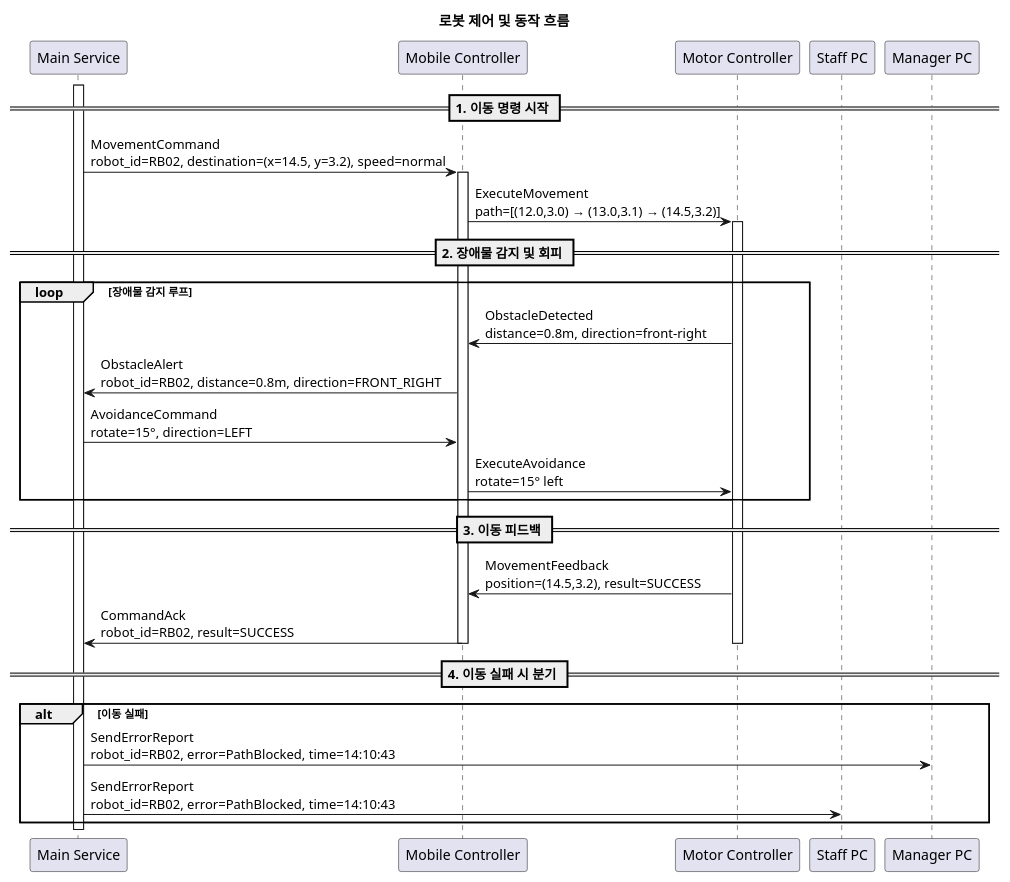
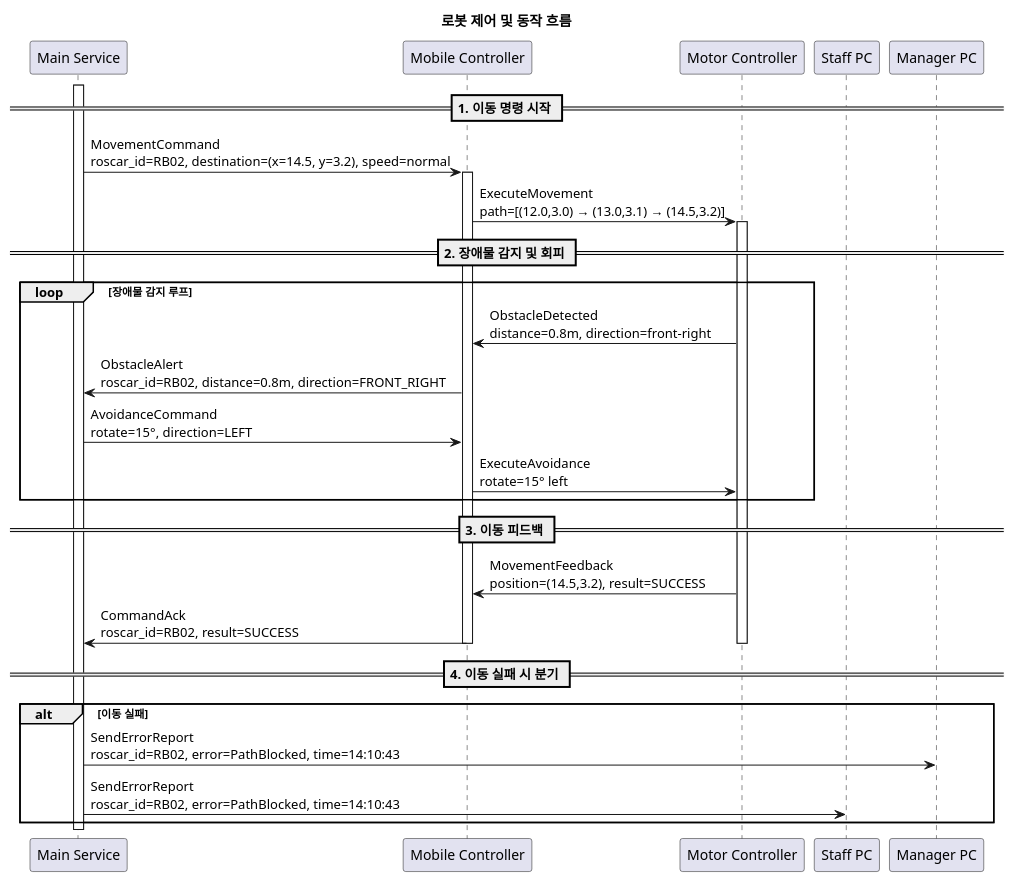
The eighth of 8 diagrams in docs/sequence_diagram v3.md (addinedu-ros-8th/ros-repo-3), drawn with PlantUML before and after one commit. The commit also changed other lines of this file and 108 other files, not shown here.

````diff
--- a/docs/sequence_diagram v3.md
+++ b/docs/sequence_diagram v3.md
@@ -534,46 +534,46 @@
 ```plantuml
 @startuml
 title 로봇 제어 및 동작 흐름
 
 participant "Main Service" as Main
 participant "Mobile Controller" as Mobile
 participant "Motor Controller" as Motor
 participant "Staff PC" as Staff
 participant "Manager PC" as Manager
 
 == 1. 이동 명령 시작 ==
 
 activate Main
-Main -> Mobile : MovementCommand\nrobot_id=RB02, destination=(x=14.5, y=3.2), speed=normal
+Main -> Mobile : MovementCommand\nroscar_id=RB02, destination=(x=14.5, y=3.2), speed=normal
 activate Mobile
 Mobile -> Motor : ExecuteMovement\npath=[(12.0,3.0) → (13.0,3.1) → (14.5,3.2)]
 activate Motor
 
 == 2. 장애물 감지 및 회피 ==
 
 loop 장애물 감지 루프
     Motor -> Mobile : ObstacleDetected\ndistance=0.8m, direction=front-right
-    Mobile -> Main : ObstacleAlert\nrobot_id=RB02, distance=0.8m, direction=FRONT_RIGHT
+    Mobile -> Main : ObstacleAlert\nroscar_id=RB02, distance=0.8m, direction=FRONT_RIGHT
     Main -> Mobile : AvoidanceCommand\nrotate=15°, direction=LEFT
     Mobile -> Motor : ExecuteAvoidance\nrotate=15° left
 end
 
 == 3. 이동 피드백 ==
 
 Motor -> Mobile : MovementFeedback\nposition=(14.5,3.2), result=SUCCESS
-Mobile -> Main : CommandAck\nrobot_id=RB02, result=SUCCESS
+Mobile -> Main : CommandAck\nroscar_id=RB02, result=SUCCESS
 
 deactivate Motor
 deactivate Mobile
 
 == 4. 이동 실패 시 분기 ==
 
 alt 이동 실패
-    Main -> Manager : SendErrorReport\nrobot_id=RB02, error=PathBlocked, time=14:10:43
-    Main -> Staff : SendErrorReport\nrobot_id=RB02, error=PathBlocked, time=14:10:43
+    Main -> Manager : SendErrorReport\nroscar_id=RB02, error=PathBlocked, time=14:10:43
+    Main -> Staff : SendErrorReport\nroscar_id=RB02, error=PathBlocked, time=14:10:43
 end
 
 deactivate Main
 
 @enduml
 ```
````
